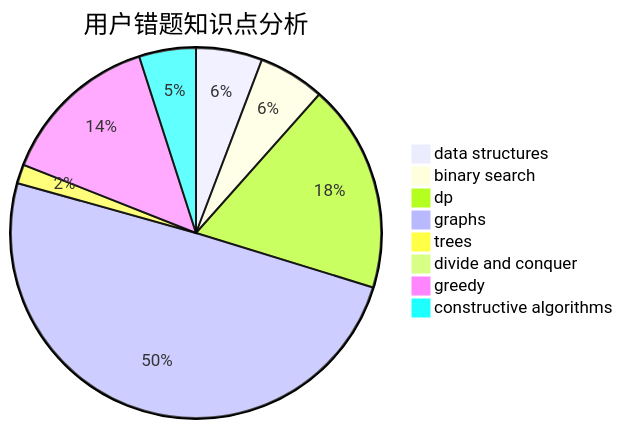
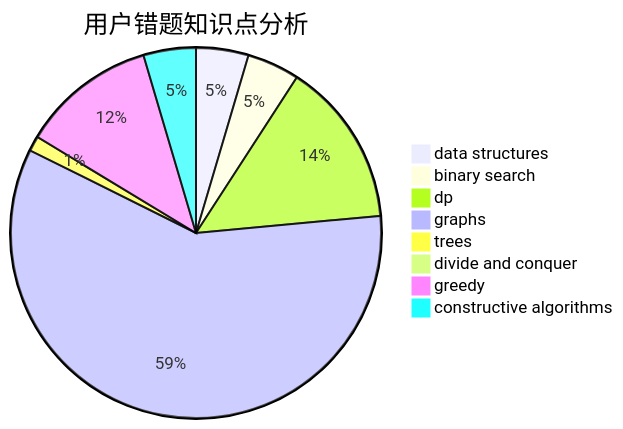
Before and after one commit to sherpahu/cfrs.github.io: the third of 3 diagrams in docs/user/u1331.md, drawn with Mermaid. The commit also changed other lines of this file and 2770 other files, not shown here.

````diff
--- a/docs/user/u1331.md
+++ b/docs/user/u1331.md
@@ -36,11 +36,11 @@
 ```mermaid
 pie title 用户错题知识点分析
     "data structures" :  7
     "binary search" :  7
     "dp" :  22
-    "graphs" :  60
+    "graphs" :  90
     "trees" :  2
     "divide and conquer" :  0
-    "greedy" :  17
-    "constructive algorithms" :  6
+    "greedy" :  18
+    "constructive algorithms" :  7
 ```
````
